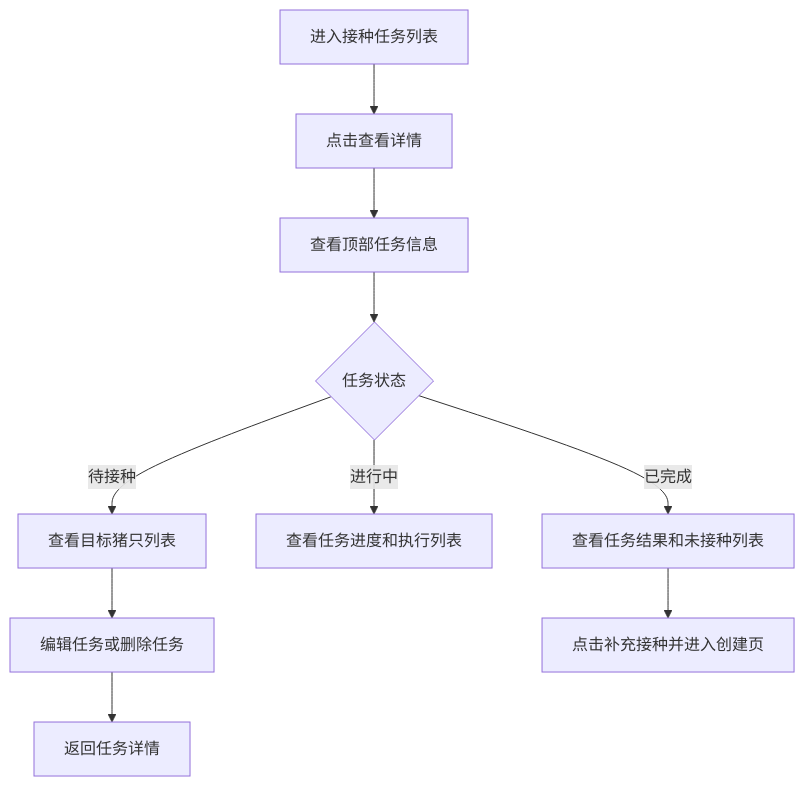
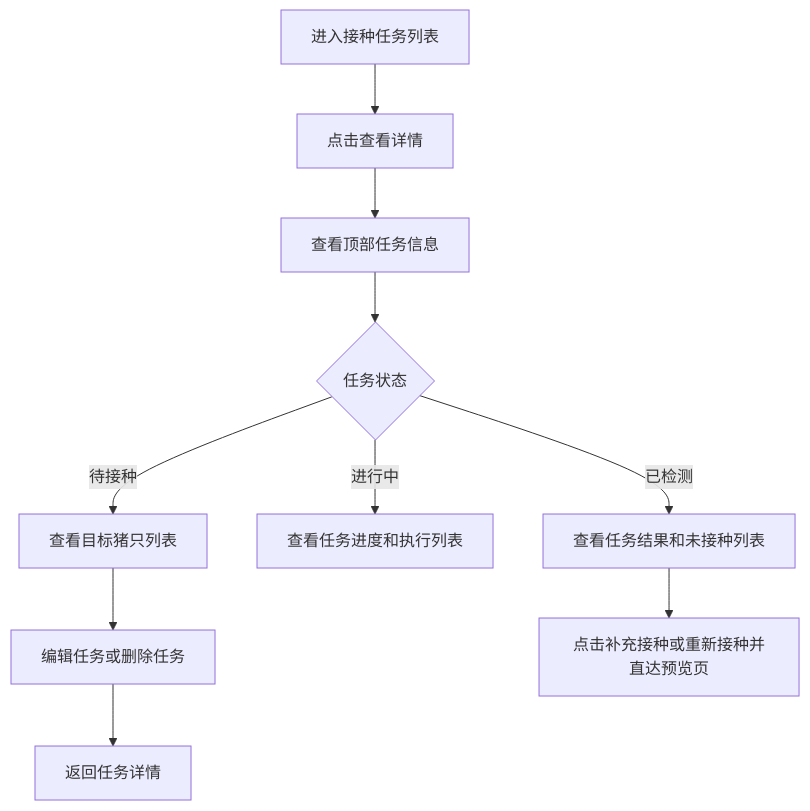
The second of 2 diagrams in prds/vaccine prd/07-Console接种任务详情.md (91Dhua/Vaccine), drawn with Mermaid before and after one commit. The commit also changed other lines of this file and 21 other files, not shown here.

Commit message:
Add review sampling flow and refine task detail navigation

````diff
--- a/prds/vaccine prd/07-Console接种任务详情.md
+++ b/prds/vaccine prd/07-Console接种任务详情.md
@@ -56,12 +59,12 @@
 ```mermaid
 flowchart TD
   A[进入接种任务列表] --> B[点击查看详情]
   B --> C[查看顶部任务信息]
   C --> D{任务状态}
   D -->|待接种| E[查看目标猪只列表]
   D -->|进行中| F[查看任务进度和执行列表]
-  D -->|已完成| G[查看任务结果和未接种列表]
+  D -->|已检测| G[查看任务结果和未接种列表]
   E --> H[编辑任务或删除任务]
   H --> I[返回任务详情]
-  G --> J[点击补充接种并进入创建页]
+  G --> J[点击补充接种或重新接种并直达预览页]
 ```
````
